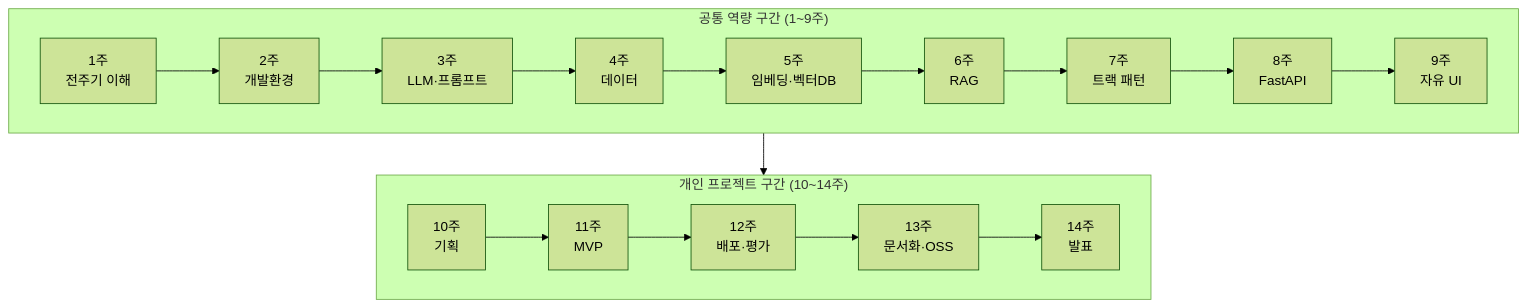
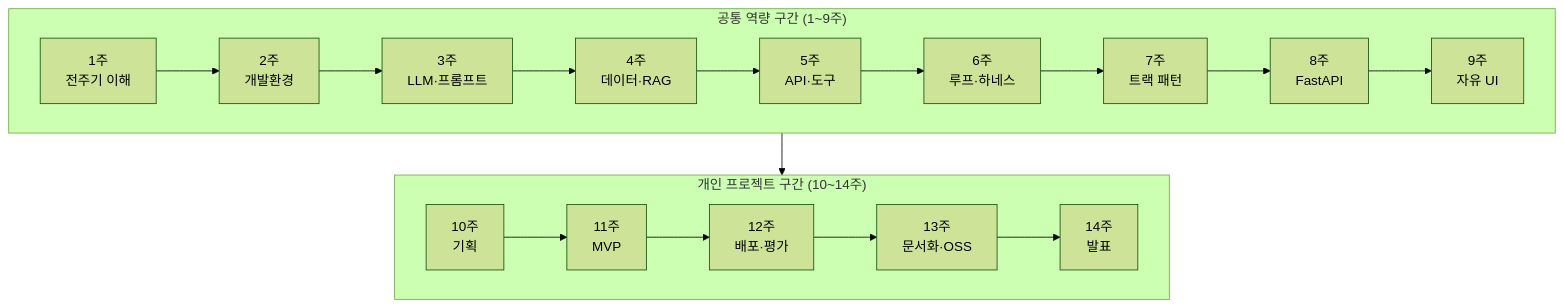
The first of 19 diagrams in site/src/content/courses/ko/session-01.mdx (2026-ai-service-engineering-a/ai_service_engineering-track_a), drawn with Mermaid (forest theme) before and after one commit. The commit also changed other lines of this file and 5 other files, not shown here.

````diff
--- a/site/src/content/courses/ko/session-01.mdx
+++ b/site/src/content/courses/ko/session-01.mdx
@@ -69,12 +69,12 @@
 ```mermaid
 flowchart TD
     subgraph common["공통 역량 구간 (1~9주)"]
         direction LR
-        W1["1주<br/>전주기 이해"] --> W2["2주<br/>개발환경"] --> W3["3주<br/>LLM·프롬프트"] --> W4["4주<br/>데이터"] --> W5["5주<br/>임베딩·벡터DB"] --> W6["6주<br/>RAG"] --> W7["7주<br/>트랙 패턴"] --> W8["8주<br/>FastAPI"] --> W9["9주<br/>자유 UI"]
+        W1["1주<br/>전주기 이해"] --> W2["2주<br/>개발환경"] --> W3["3주<br/>LLM·프롬프트"] --> W4["4주<br/>데이터·RAG"] --> W5["5주<br/>API·도구"] --> W6["6주<br/>루프·하네스"] --> W7["7주<br/>트랙 패턴"] --> W8["8주<br/>FastAPI"] --> W9["9주<br/>자유 UI"]
     end
     subgraph project["개인 프로젝트 구간 (10~14주)"]
         direction LR
         W10["10주<br/>기획"] --> W11["11주<br/>MVP"] --> W12["12주<br/>배포·평가"] --> W13["13주<br/>문서화·OSS"] --> W14["14주<br/>발표"]
     end
     common --> project
 ```
````
